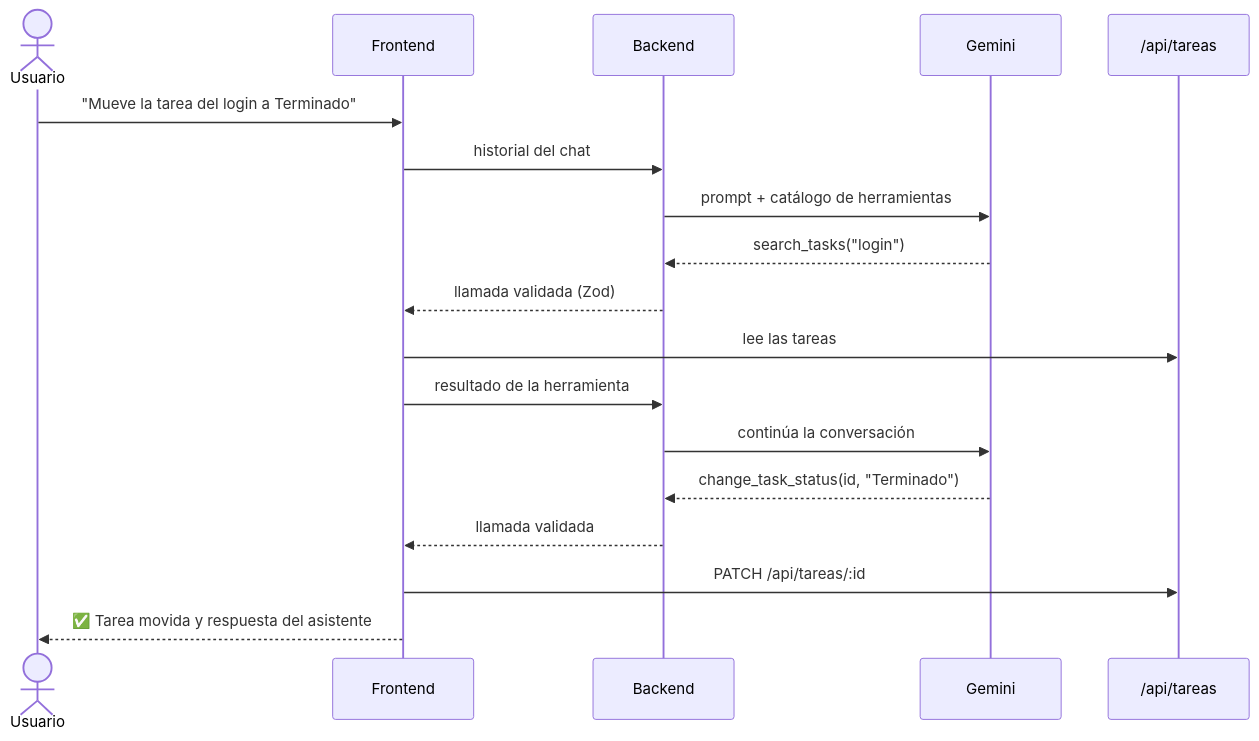
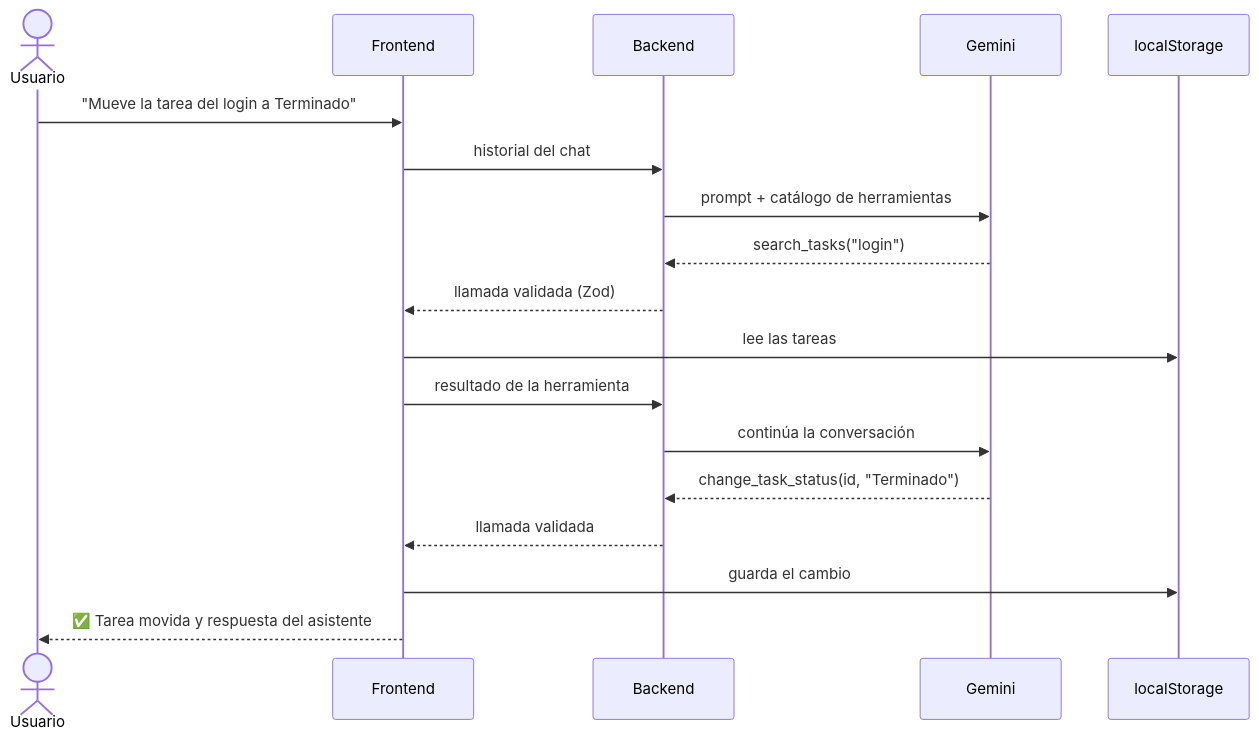
The second of 2 diagrams in README.md (Jacky-RPA/Kanban), drawn with Mermaid before and after one commit. The commit also changed other lines of this file and 15 other files, not shown here.

First line of the commit message:
Guarda las tareas en el navegador: ya no hace falta base de datos

````diff
--- a/README.md
+++ b/README.md
@@ -70,21 +65,21 @@
 ```mermaid
 sequenceDiagram
     actor U as Usuario
     participant F as Frontend
     participant B as Backend
     participant G as Gemini
-    participant API as /api/tareas
+    participant API as localStorage
 
     U->>F: "Mueve la tarea del login a Terminado"
     F->>B: historial del chat
     B->>G: prompt + catálogo de herramientas
     G-->>B: search_tasks("login")
     B-->>F: llamada validada (Zod)
     F->>API: lee las tareas
     F->>B: resultado de la herramienta
     B->>G: continúa la conversación
     G-->>B: change_task_status(id, "Terminado")
     B-->>F: llamada validada
-    F->>API: PATCH /api/tareas/:id
+    F->>API: guarda el cambio
     F-->>U: ✅ Tarea movida y respuesta del asistente
 ```
````
